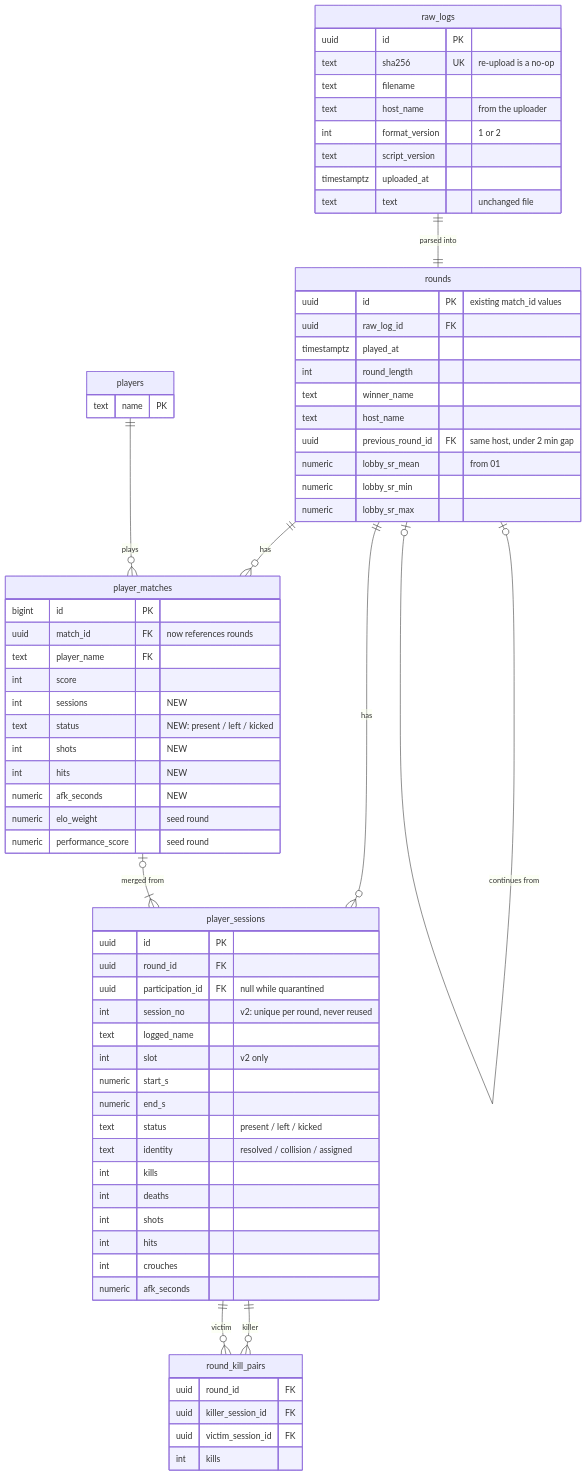
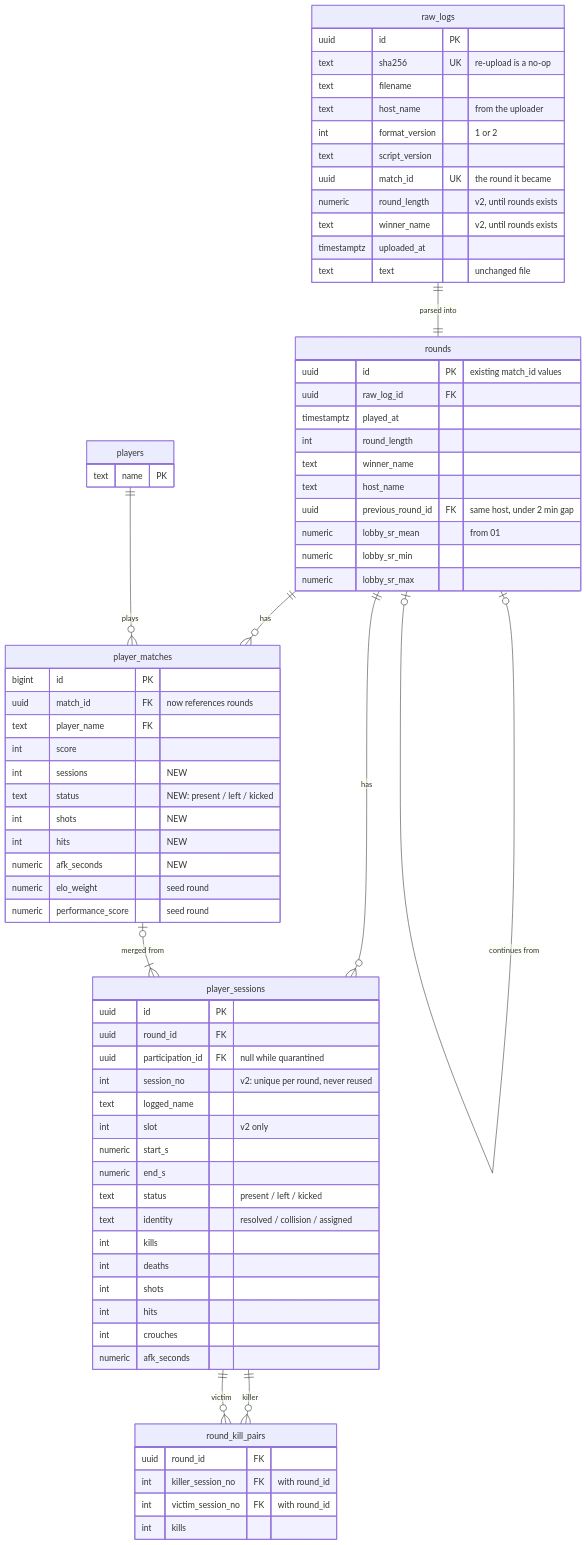
One commit to jh1909/widowhs changed the first of 2 diagrams in docs/schema.md. Above: the diagram before and after it, drawn with Mermaid. The commit also changed other lines of this file and 9 other files, not shown here.

````diff
--- a/docs/schema.md
+++ b/docs/schema.md
@@ -13,74 +13,77 @@
 ```mermaid
 erDiagram
   raw_logs ||--|| rounds : "parsed into"
   rounds |o--o| rounds : "continues from"
   rounds ||--o{ player_sessions : "has"
   rounds ||--o{ player_matches : "has"
   player_matches |o--|{ player_sessions : "merged from"
   player_sessions ||--o{ round_kill_pairs : "killer"
   player_sessions ||--o{ round_kill_pairs : "victim"
   players ||--o{ player_matches : "plays"
 
   raw_logs {
     uuid id PK
     text sha256 UK "re-upload is a no-op"
     text filename
     text host_name "from the uploader"
     int format_version "1 or 2"
     text script_version
+    uuid match_id UK "the round it became"
+    numeric round_length "v2, until rounds exists"
+    text winner_name "v2, until rounds exists"
     timestamptz uploaded_at
     text text "unchanged file"
   }
   rounds {
     uuid id PK "existing match_id values"
     uuid raw_log_id FK
     timestamptz played_at
     int round_length
     text winner_name
     text host_name
     uuid previous_round_id FK "same host, under 2 min gap"
     numeric lobby_sr_mean "from 01"
     numeric lobby_sr_min
     numeric lobby_sr_max
   }
   player_sessions {
     uuid id PK
     uuid round_id FK
     uuid participation_id FK "null while quarantined"
     int session_no "v2: unique per round, never reused"
     text logged_name
     int slot "v2 only"
     numeric start_s
     numeric end_s
     text status "present / left / kicked"
     text identity "resolved / collision / assigned"
     int kills
     int deaths
     int shots
     int hits
     int crouches
     numeric afk_seconds
   }
   player_matches {
     bigint id PK
     uuid match_id FK "now references rounds"
     text player_name FK
     int score
     int sessions "NEW"
     text status "NEW: present / left / kicked"
     int shots "NEW"
     int hits "NEW"
     numeric afk_seconds "NEW"
     numeric elo_weight "seed round"
     numeric performance_score "seed round"
   }
   round_kill_pairs {
     uuid round_id FK
-    uuid killer_session_id FK
-    uuid victim_session_id FK
+    int killer_session_no FK "with round_id"
+    int victim_session_no FK "with round_id"
     int kills
   }
   players {
     text name PK
   }
 ```
````
